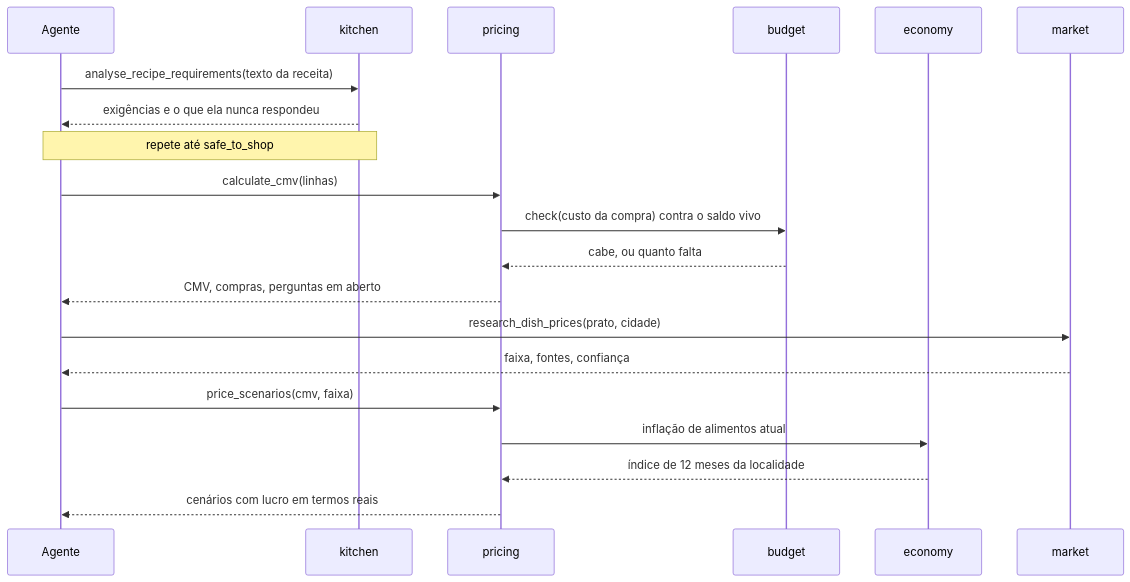
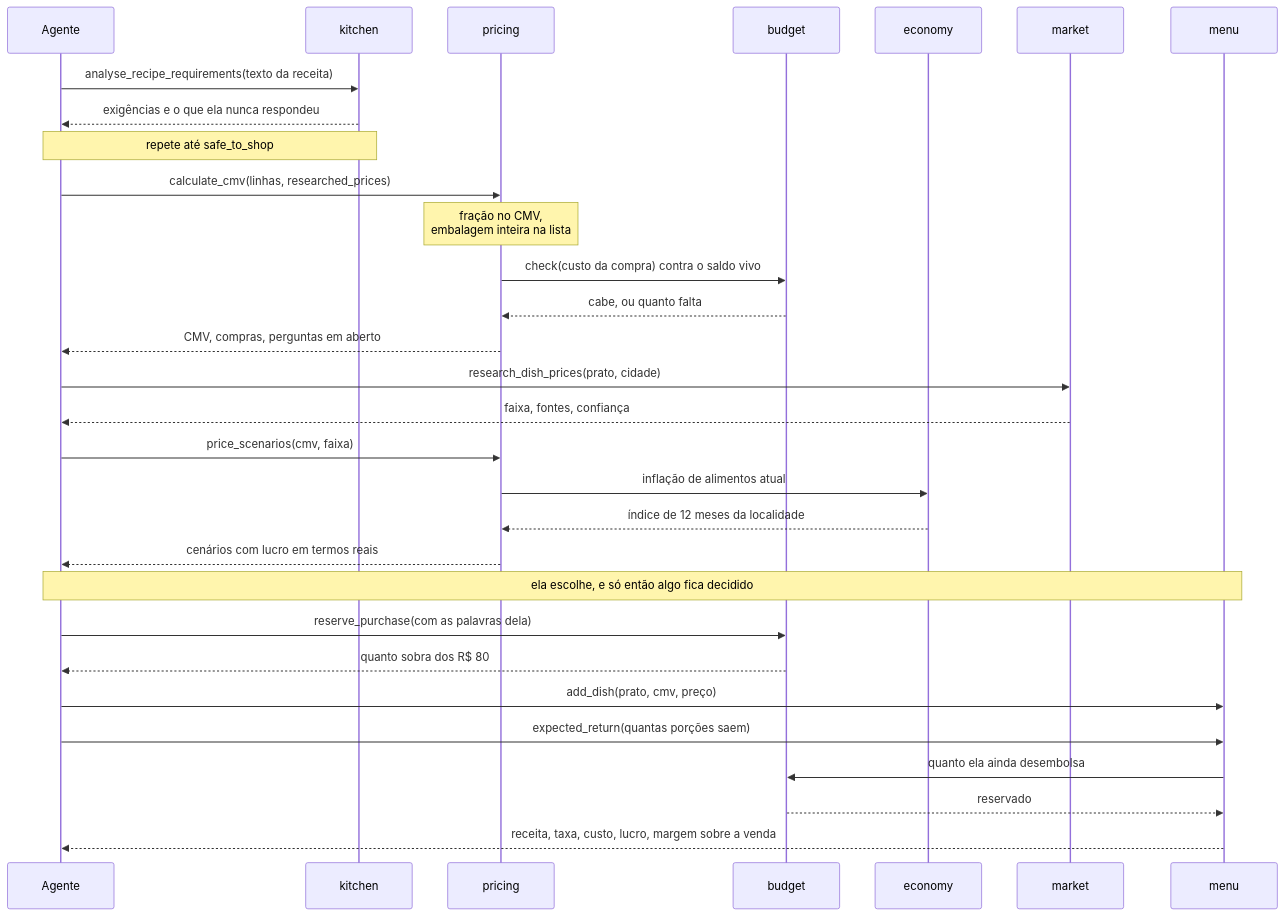
Before and after one commit to lrdsouza/jacquinho: the fifth of 6 diagrams in docs/arquitetura.md, drawn with Mermaid. The commit also changed other lines of this file and 4 other files, not shown here.

````diff
--- a/docs/arquitetura.md
+++ b/docs/arquitetura.md
@@ -179,23 +179,34 @@
 ```mermaid
 sequenceDiagram
     participant A as Agente
     participant K as kitchen
     participant P as pricing
     participant B as budget
     participant E as economy
     participant Mk as market
+    participant Mn as menu
 
     A->>K: analyse_recipe_requirements(texto da receita)
     K-->>A: exigências e o que ela nunca respondeu
     Note over A,K: repete até safe_to_shop
-    A->>P: calculate_cmv(linhas)
+    A->>P: calculate_cmv(linhas, researched_prices)
+    Note over P: fração no CMV,<br/>embalagem inteira na lista
     P->>B: check(custo da compra) contra o saldo vivo
     B-->>P: cabe, ou quanto falta
     P-->>A: CMV, compras, perguntas em aberto
     A->>Mk: research_dish_prices(prato, cidade)
     Mk-->>A: faixa, fontes, confiança
     A->>P: price_scenarios(cmv, faixa)
     P->>E: inflação de alimentos atual
     E-->>P: índice de 12 meses da localidade
     P-->>A: cenários com lucro em termos reais
+
+    Note over A,Mn: ela escolhe, e só então algo fica decidido
+    A->>B: reserve_purchase(com as palavras dela)
+    B-->>A: quanto sobra dos R$ 80
+    A->>Mn: add_dish(prato, cmv, preço)
+    A->>Mn: expected_return(quantas porções saem)
+    Mn->>B: quanto ela ainda desembolsa
+    B-->>Mn: reservado
+    Mn-->>A: receita, taxa, custo, lucro, margem sobre a venda
 ```
````
